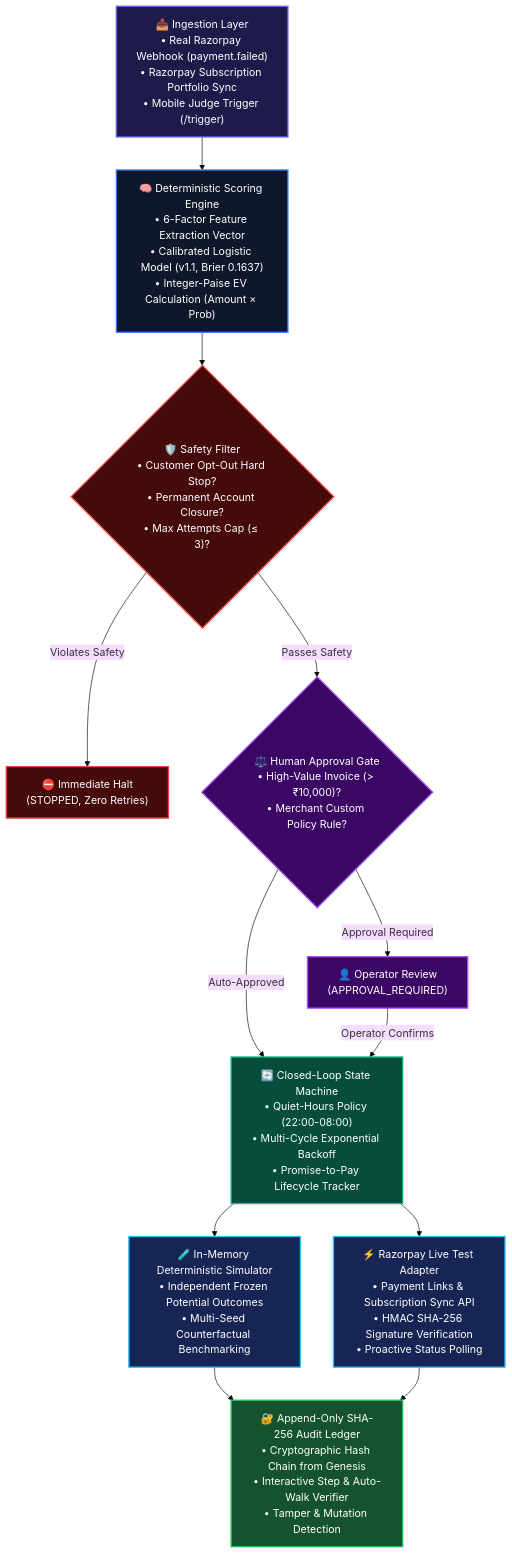
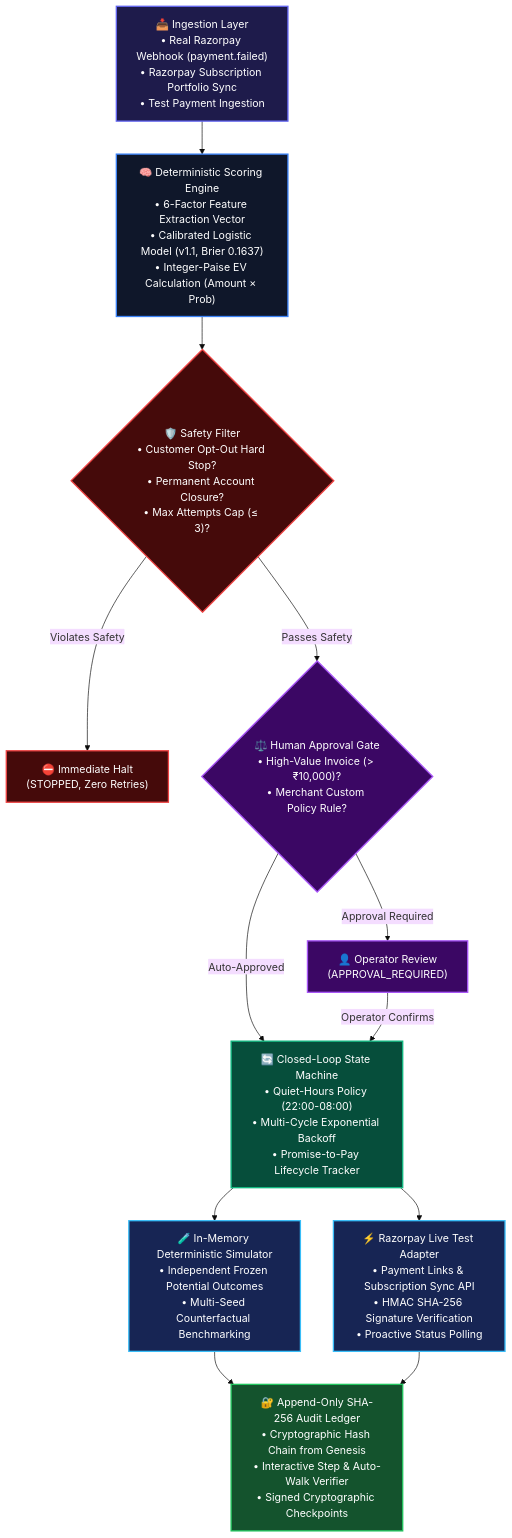
The first of 2 diagrams in README.md (skmdshariff143-ai/recoverflow-ai), drawn with Mermaid (base theme) before and after one commit. The commit also changed other lines of this file and 6 other files, not shown here.

Commit message:
docs: overhaul portfolio documentation, architecture, threat model, and interview prep

````diff
--- a/README.md
+++ b/README.md
@@ -86,42 +52,42 @@
 ```mermaid
 flowchart TD
     classDef startNode fill:#1e1b4b,stroke:#6366f1,stroke-width:2px,color:#fff;
     classDef engineNode fill:#0f172a,stroke:#3b82f6,stroke-width:2px,color:#fff;
     classDef safetyNode fill:#450a0a,stroke:#ef4444,stroke-width:2px,color:#fff;
     classDef gateNode fill:#3b0764,stroke:#a855f7,stroke-width:2px,color:#fff;
     classDef stateNode fill:#064e3b,stroke:#10b981,stroke-width:2px,color:#fff;
     classDef branch fill:#172554,stroke:#38bdf8,stroke-width:2px,color:#fff;
     classDef ledgerNode fill:#14532d,stroke:#22c55e,stroke-width:2px,color:#fff;
 
-    A["📥 Ingestion Layer<br/>• Real Razorpay Webhook (payment.failed)<br/>• Razorpay Subscription Portfolio Sync<br/>• Mobile Judge Trigger (/trigger)"]:::startNode
+    A["📥 Ingestion Layer<br/>• Real Razorpay Webhook (payment.failed)<br/>• Razorpay Subscription Portfolio Sync<br/>• Test Payment Ingestion"]:::startNode
     
     B["🧠 Deterministic Scoring Engine<br/>• 6-Factor Feature Extraction Vector<br/>• Calibrated Logistic Model (v1.1, Brier 0.1637)<br/>• Integer-Paise EV Calculation (Amount × Prob)"]:::engineNode
 
     C{"🛡️ Safety Filter<br/>• Customer Opt-Out Hard Stop?<br/>• Permanent Account Closure?<br/>• Max Attempts Cap (≤ 3)?"}:::safetyNode
 
     D["⛔ Immediate Halt<br/>(STOPPED, Zero Retries)"]:::safetyNode
 
     E{"⚖️ Human Approval Gate<br/>• High-Value Invoice (> ₹10,000)?<br/>• Merchant Custom Policy Rule?"}:::gateNode
 
     F["👤 Operator Review<br/>(APPROVAL_REQUIRED)"]:::gateNode
 
     G["🔄 Closed-Loop State Machine<br/>• Quiet-Hours Policy (22:00-08:00)<br/>• Multi-Cycle Exponential Backoff<br/>• Promise-to-Pay Lifecycle Tracker"]:::stateNode
 
     H1["🧪 In-Memory Deterministic Simulator<br/>• Independent Frozen Potential Outcomes<br/>• Multi-Seed Counterfactual Benchmarking"]:::branch
 
     H2["⚡ Razorpay Live Test Adapter<br/>• Payment Links & Subscription Sync API<br/>• HMAC SHA-256 Signature Verification<br/>• Proactive Status Polling"]:::branch
 
-    I["🔐 Append-Only SHA-256 Audit Ledger<br/>• Cryptographic Hash Chain from Genesis<br/>• Interactive Step & Auto-Walk Verifier<br/>• Tamper & Mutation Detection"]:::ledgerNode
+    I["🔐 Append-Only SHA-256 Audit Ledger<br/>• Cryptographic Hash Chain from Genesis<br/>• Interactive Step & Auto-Walk Verifier<br/>• Signed Cryptographic Checkpoints"]:::ledgerNode
 
     A --> B
     B --> C
     C -- "Violates Safety" --> D
     C -- "Passes Safety" --> E
     E -- "Approval Required" --> F
     E -- "Auto-Approved" --> G
     F -- "Operator Confirms" --> G
     G --> H1
     G --> H2
     H1 --> I
     H2 --> I
 ```
````
